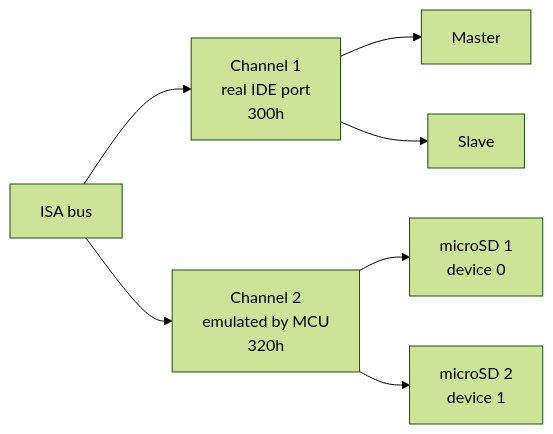
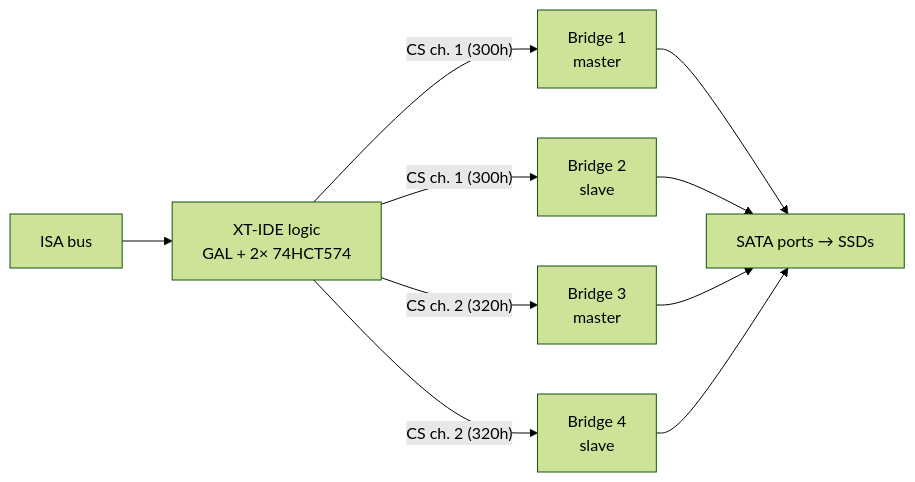
Before and after one commit to sfambach/8-Bit-ISA-SSD-Controller: the first of 2 diagrams in docs/concept.md, drawn with Mermaid (forest theme). The commit also changed other lines of this file and 2 other files, not shown here.

First line of the commit message:
Concept 0.2: SATA SSD ports instead of microSD emulation

````diff
--- a/docs/concept.md
+++ b/docs/concept.md
@@ -19,7 +21,7 @@
 ```mermaid
 flowchart LR
-  ISA[ISA bus] --> CH1["Channel 1<br/>real IDE port<br/>300h"]
-  ISA --> CH2["Channel 2<br/>emulated by MCU<br/>320h"]
-  CH1 --> M1[Master] & S1[Slave]
-  CH2 --> SD1["microSD 1<br/>device 0"] & SD2["microSD 2<br/>device 1"]
+  ISA[ISA bus] --> L["XT-IDE logic<br/>GAL + 2× 74HCT574"]
+  L -->|"CS ch. 1 (300h)"| B1["Bridge 1<br/>master"] & B2["Bridge 2<br/>slave"]
+  L -->|"CS ch. 2 (320h)"| B3["Bridge 3<br/>master"] & B4["Bridge 4<br/>slave"]
+  B1 & B2 & B3 & B4 --> S["SATA ports → SSDs"]
 ```
````
